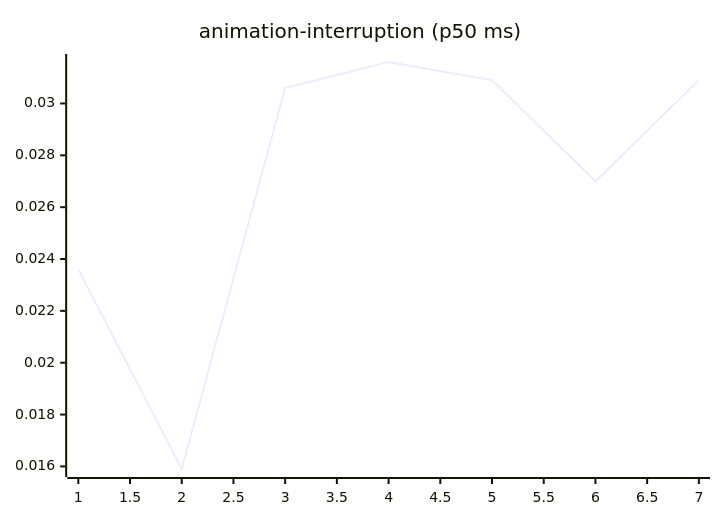
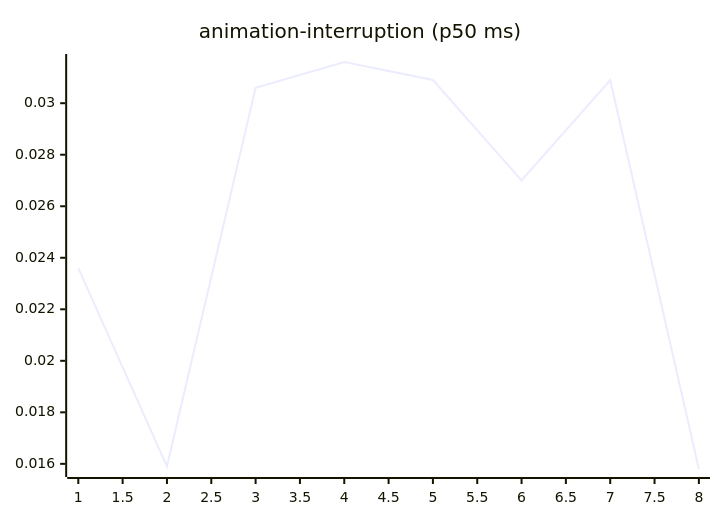
The third of 27 diagrams in README.md (josha/Facet), drawn with Mermaid before and after one commit. The commit also changed other lines of this file and 2 other files, not shown here.

````diff
--- a/README.md
+++ b/README.md
@@ -77,6 +77,6 @@
 ```mermaid
 xychart-beta
     title "animation-interruption (p50 ms)"
-    x-axis 1 --> 7
-    line [0.0236, 0.0159, 0.0306, 0.0316, 0.0309, 0.0270, 0.0309]
+    x-axis 1 --> 8
+    line [0.0236, 0.0159, 0.0306, 0.0316, 0.0309, 0.0270, 0.0309, 0.0158]
 ```
````
